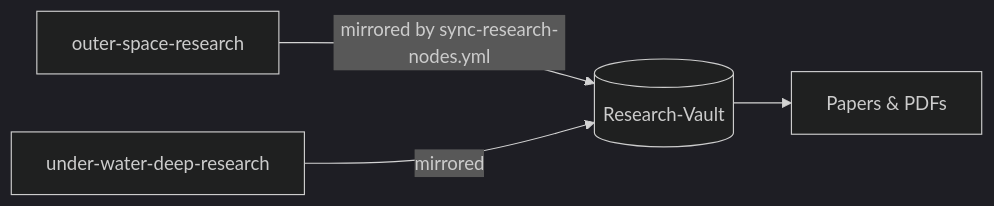
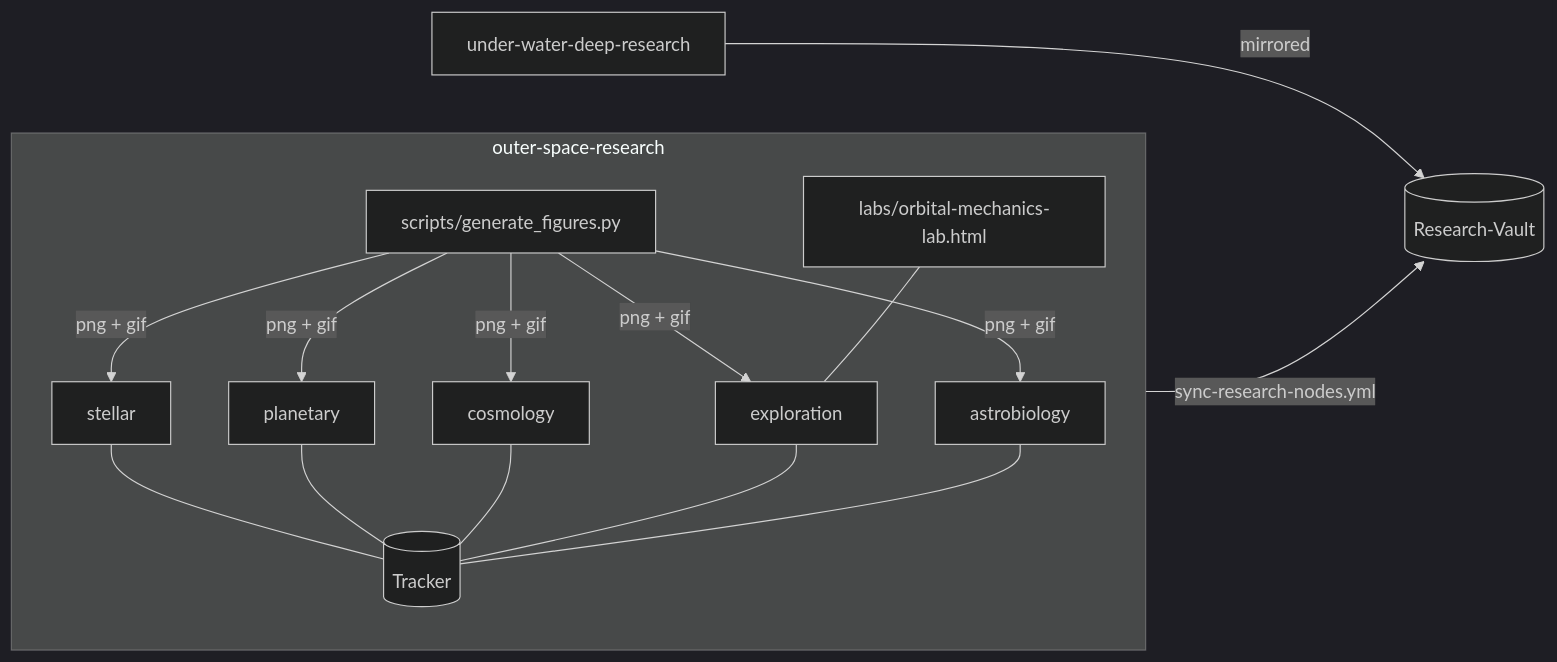
The diagram in README.md (shiroonigami23-ui/outer-space-research), drawn with Mermaid (dark theme) before and after one commit. The commit also changed other lines of this file and 33 other files, not shown here.

First line of the commit message:
feat: build out five research tracks, live mission tracker and orbital lab

````diff
--- a/README.md
+++ b/README.md
@@ -54,6 +97,14 @@
 ```mermaid
 flowchart LR
-  OS[outer-space-research] -- mirrored by sync-research-nodes.yml --> RV[(Research-Vault)]
+  subgraph Node[outer-space-research]
+    S[stellar] --- T[(Tracker)]
+    P[planetary] --- T
+    C[cosmology] --- T
+    E[exploration] --- T
+    A[astrobiology] --- T
+    G[scripts/generate_figures.py] -->|png + gif| S & P & C & E & A
+    L[labs/orbital-mechanics-lab.html] --- E
+  end
+  Node -- sync-research-nodes.yml --> RV[(Research-Vault)]
   UW[under-water-deep-research] -- mirrored --> RV
-  RV --> P[Papers & PDFs]
 ```
````
